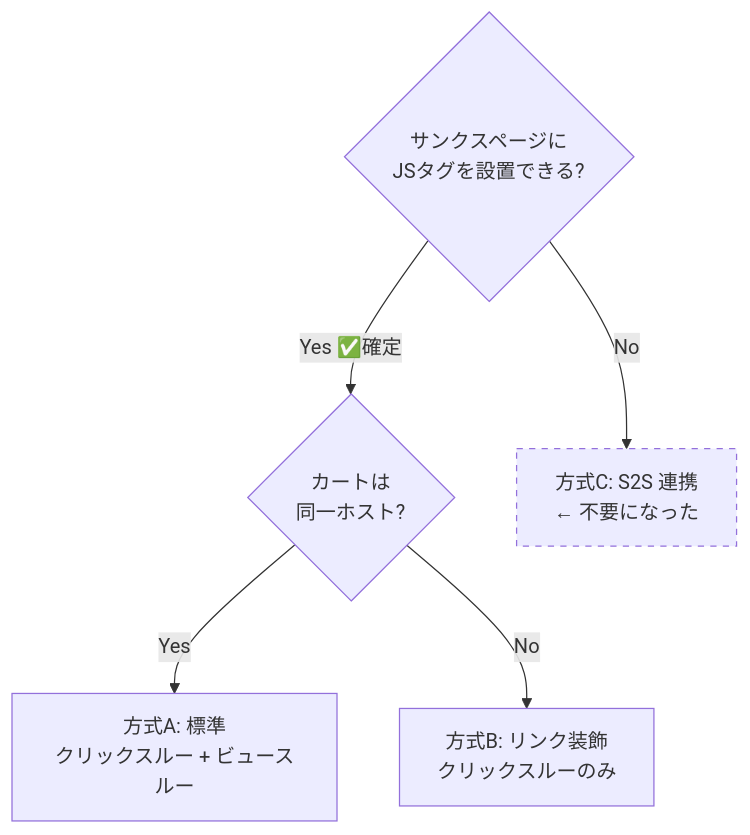
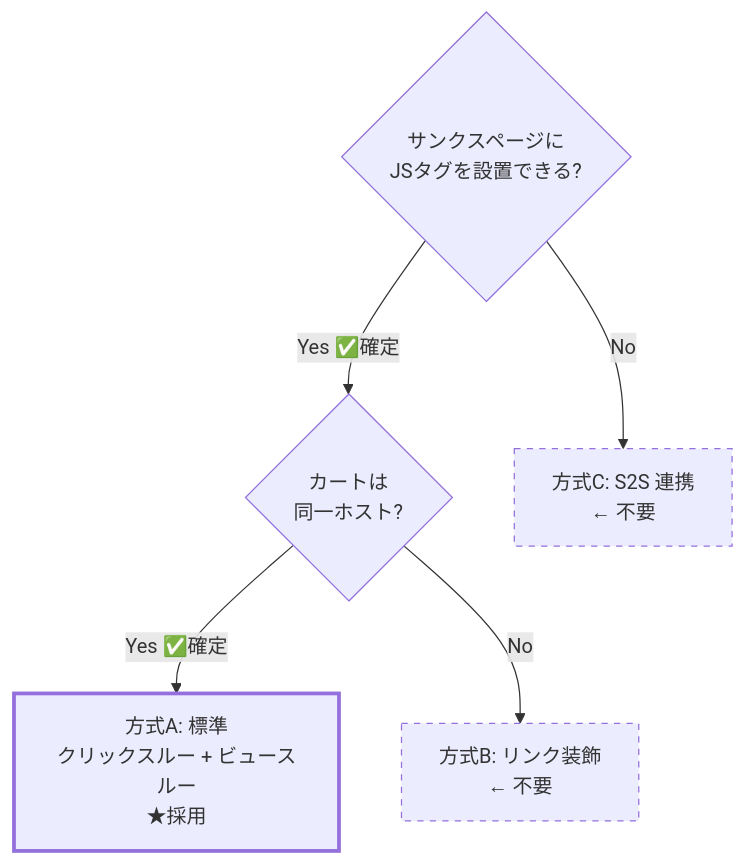
The first of 2 diagrams in docs/09-cart-integration.md (t-kamiya-lgtm/popup), drawn with Mermaid before and after one commit. The commit also changed other lines of this file and 3 other files, not shown here.

````diff
--- a/docs/09-cart-integration.md
+++ b/docs/09-cart-integration.md
@@ -65,8 +64,10 @@
 ```mermaid
 flowchart TD
   A{"サンクスページに<br/>JSタグを設置できる?"} -->|"Yes ✅確定"| B{"カートは<br/>同一ホスト?"}
-  A -->|No| S["方式C: S2S 連携<br/>← 不要になった"]
-  B -->|Yes| C["方式A: 標準<br/>クリックスルー + ビュースルー"]
-  B -->|No| D["方式B: リンク装飾<br/>クリックスルーのみ"]
+  A -->|No| S["方式C: S2S 連携<br/>← 不要"]
+  B -->|"Yes ✅確定"| C["方式A: 標準<br/>クリックスルー + ビュースルー<br/>★採用"]
+  B -->|No| D["方式B: リンク装飾<br/>← 不要"]
   style S stroke-dasharray: 5 5
+  style D stroke-dasharray: 5 5
+  style C stroke-width:3px
 ```
````
